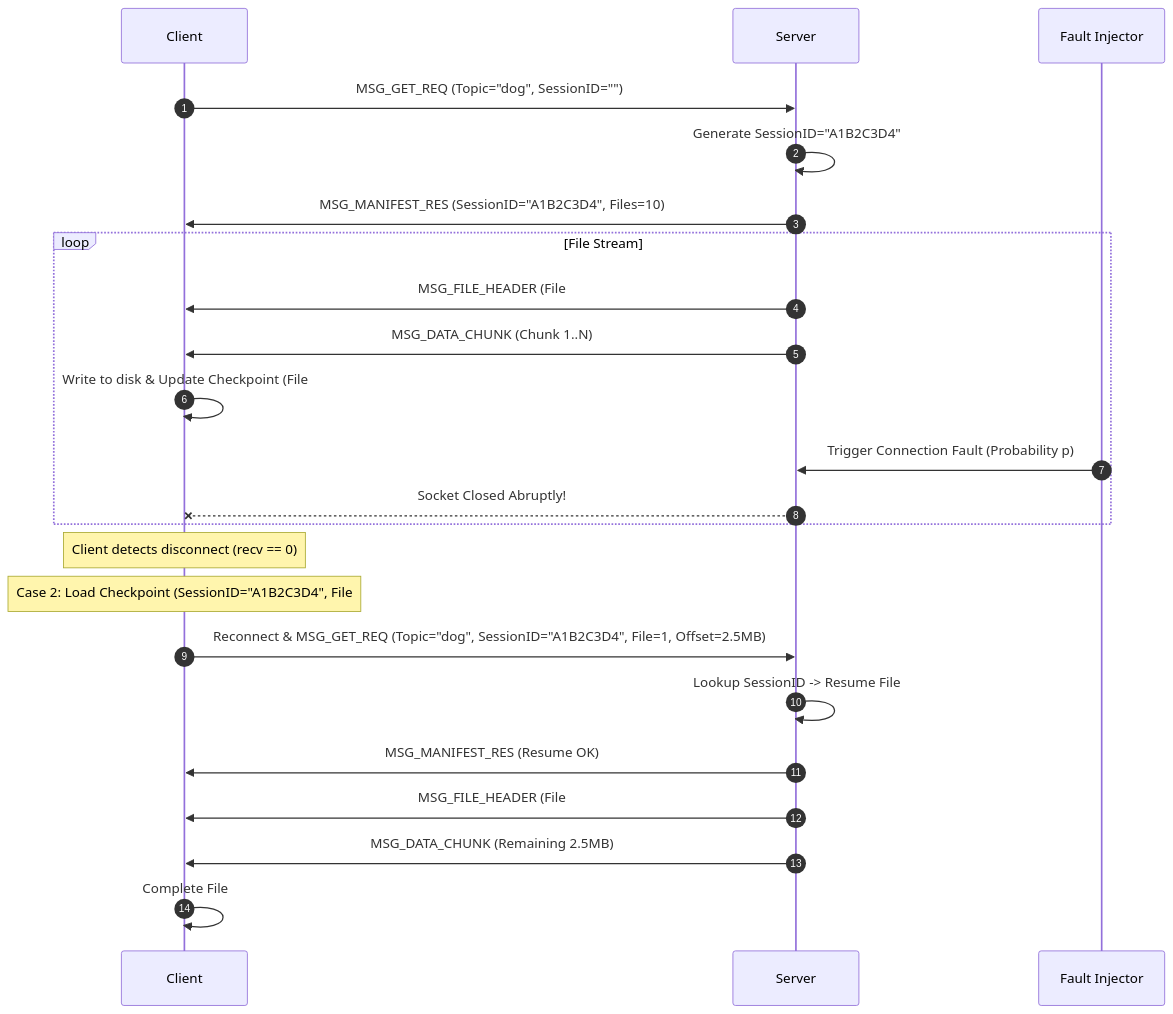
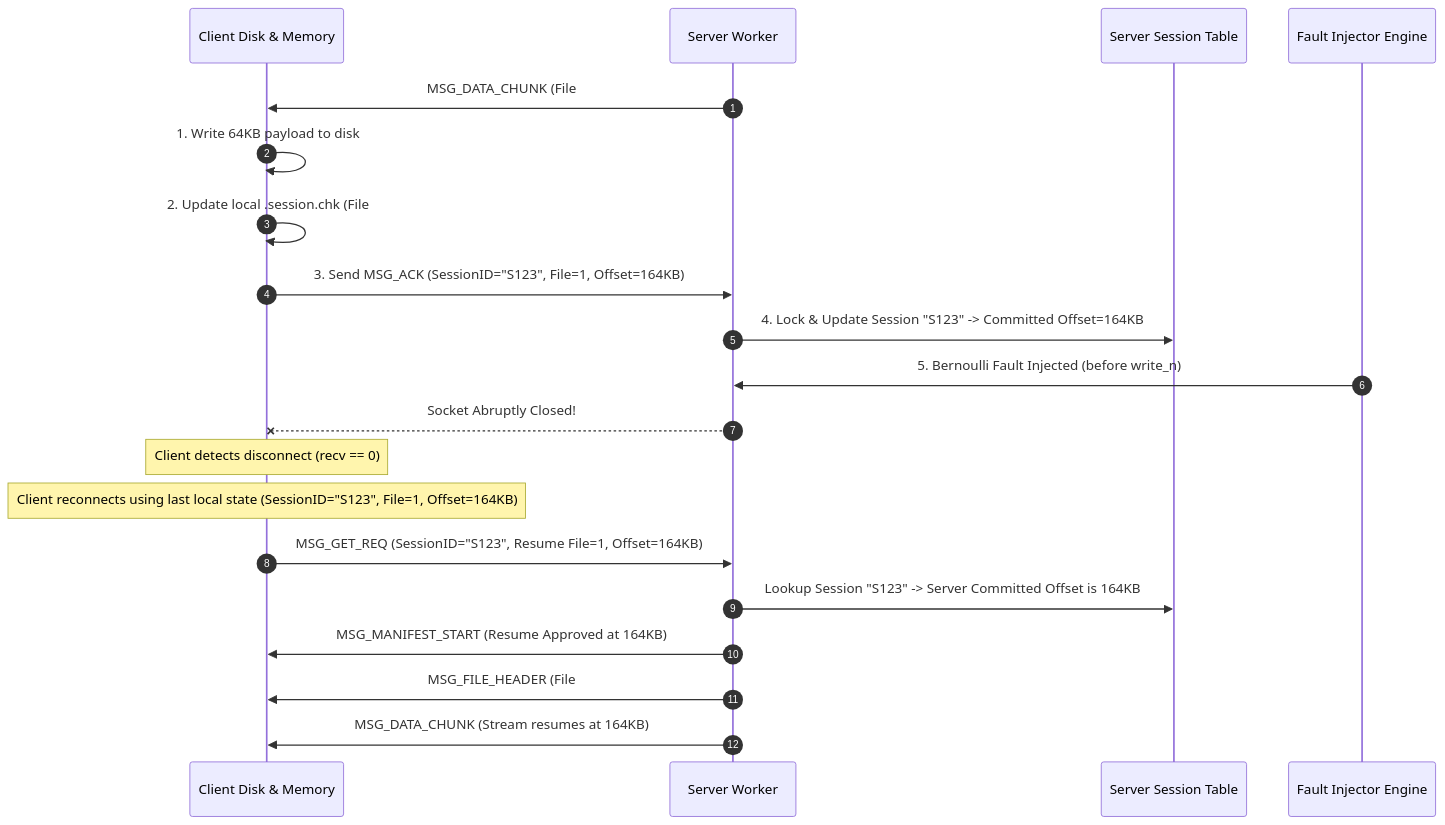
The third of 4 diagrams in docs/ARCHITECTURE.md (peaceparadise7-kb/IT305-Socket-Programming), drawn with Mermaid before and after one commit. The commit also changed other lines of this file and 7 other files, not shown here.

````diff
--- a/docs/ARCHITECTURE.md
+++ b/docs/ARCHITECTURE.md
@@ -135,29 +82,26 @@
 ```mermaid
 sequenceDiagram
     autonumber
-    participant C as Client
-    participant S as Server
-    participant FI as Fault Injector
+    participant C as Client Disk & Memory
+    participant S as Server Worker
+    participant ST as Server Session Table
+    participant FI as Fault Injector Engine
 
-    C->>S: MSG_GET_REQ (Topic="dog", SessionID="")
-    S->>S: Generate SessionID="A1B2C3D4"
-    S->>C: MSG_MANIFEST_RES (SessionID="A1B2C3D4", Files=10)
+    S->>C: MSG_DATA_CHUNK (File #1, Offset=100KB, Len=64KB)
+    C->>C: 1. Write 64KB payload to disk
+    C->>C: 2. Update local .session.chk (File #1, Offset=164KB)
+    C->>S: 3. Send MSG_ACK (SessionID="S123", File=1, Offset=164KB)
+    S->>ST: 4. Lock & Update Session "S123" -> Committed Offset=164KB
     
-    loop File Stream
-        S->>C: MSG_FILE_HEADER (File #1 "dog1.jpg", Size=5MB)
-        S->>C: MSG_DATA_CHUNK (Chunk 1..N)
-        C->>C: Write to disk & Update Checkpoint (File #1, Offset=2.5MB)
-        FI->>S: Trigger Connection Fault (Probability p)
-        S--xC: Socket Closed Abruptly!
-    end
+    FI->>S: 5. Bernoulli Fault Injected (before write_n)
+    S--xC: Socket Abruptly Closed!
 
     Note over C: Client detects disconnect (recv == 0)
-    Note over C: Case 2: Load Checkpoint (SessionID="A1B2C3D4", File #1, Offset=2.5MB)
-
-    C->>S: Reconnect & MSG_GET_REQ (Topic="dog", SessionID="A1B2C3D4", File=1, Offset=2.5MB)
-    S->>S: Lookup SessionID -> Resume File #1 at Seek Offset 2.5MB
-    S->>C: MSG_MANIFEST_RES (Resume OK)
-    S->>C: MSG_FILE_HEADER (File #1, StartOffset=2.5MB)
-    S->>C: MSG_DATA_CHUNK (Remaining 2.5MB)
-    C->>C: Complete File #1 & continue File #2..10
+    Note over C: Client reconnects using last local state (SessionID="S123", File=1, Offset=164KB)
+    
+    C->>S: MSG_GET_REQ (SessionID="S123", Resume File=1, Offset=164KB)
+    S->>ST: Lookup Session "S123" -> Server Committed Offset is 164KB
+    S->>C: MSG_MANIFEST_START (Resume Approved at 164KB)
+    S->>C: MSG_FILE_HEADER (File #1, StartOffset=164KB)
+    S->>C: MSG_DATA_CHUNK (Stream resumes at 164KB)
 ```
````
